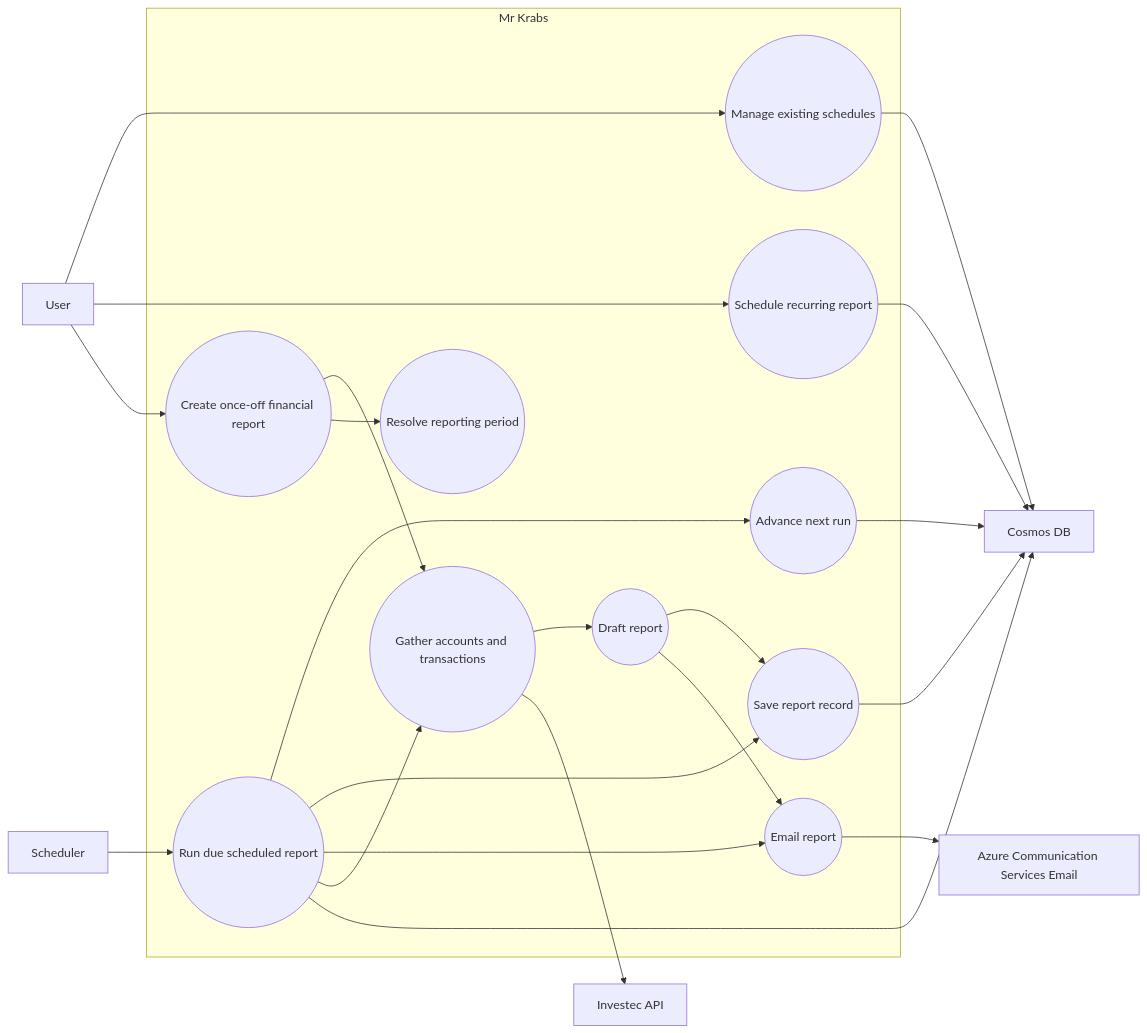
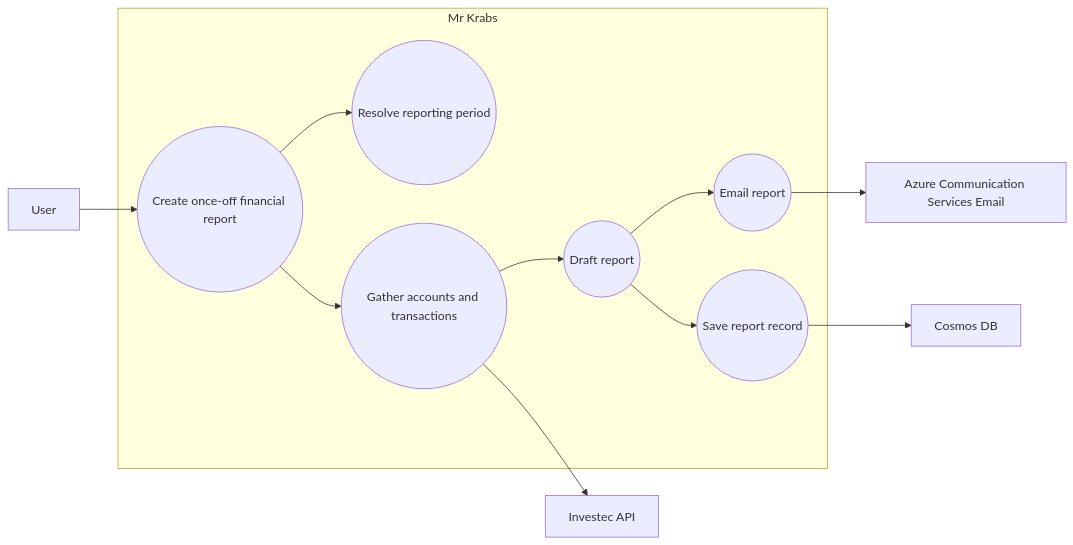
The third of 6 diagrams in docs/use-case-diagrams.md (tjabane/tjabane.agent.julius), drawn with Mermaid before and after one commit. The commit also changed other lines of this file and 10 other files, not shown here.

````diff
--- a/docs/use-case-diagrams.md
+++ b/docs/use-case-diagrams.md
@@ -98,46 +93,29 @@
 ```mermaid
 flowchart LR
     user[User]
-    schedulerActor[Scheduler]
 
     subgraph assistant[Mr Krabs]
         onceOffReport((Create once-off financial report))
-        createSchedule((Schedule recurring report))
-        manageSchedule((Manage existing schedules))
-        runDue((Run due scheduled report))
         resolveDates((Resolve reporting period))
         gatherData((Gather accounts and transactions))
         draftReport((Draft report))
         emailReport((Email report))
         saveRecord((Save report record))
-        advanceSchedule((Advance next run))
     end
 
     investec[Investec API]
     cosmos[Cosmos DB]
     email[Azure Communication Services Email]
 
     user --> onceOffReport
-    user --> createSchedule
-    user --> manageSchedule
-    schedulerActor --> runDue
 
     onceOffReport --> resolveDates
     onceOffReport --> gatherData
     gatherData --> investec
     gatherData --> draftReport
     draftReport --> emailReport
     emailReport --> email
     draftReport --> saveRecord
     saveRecord --> cosmos
 
-    createSchedule --> cosmos
-    manageSchedule --> cosmos
-
-    runDue --> cosmos
-    runDue --> gatherData
-    runDue --> emailReport
-    runDue --> saveRecord
-    runDue --> advanceSchedule
-    advanceSchedule --> cosmos
 ```
````
